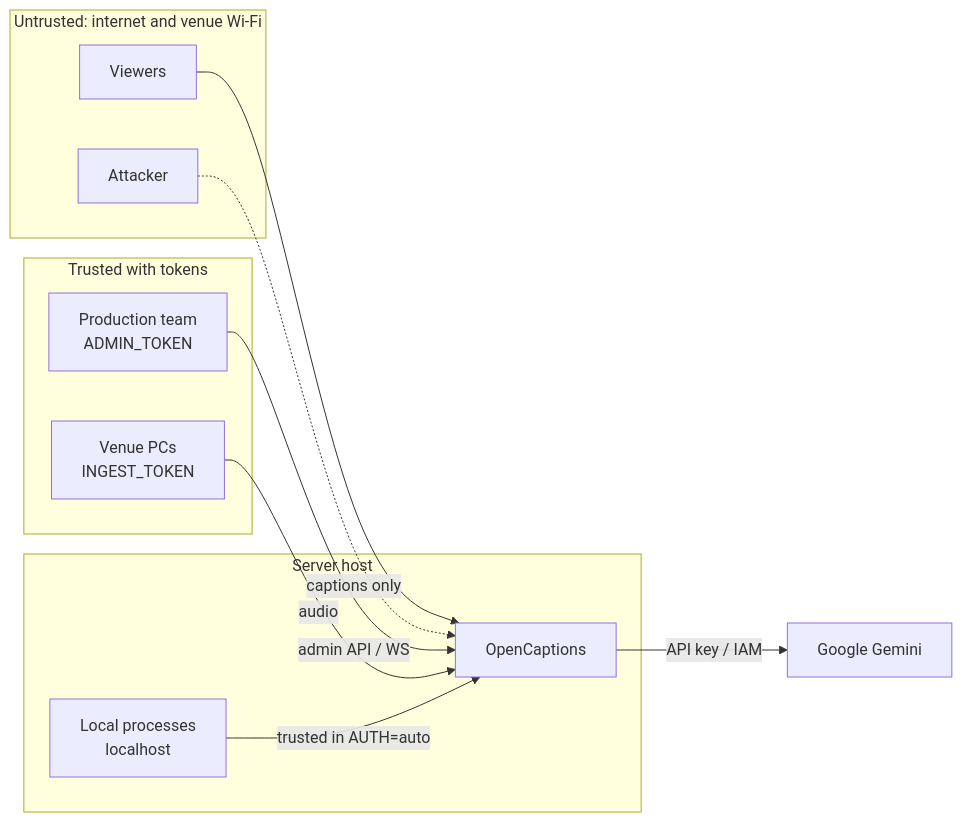
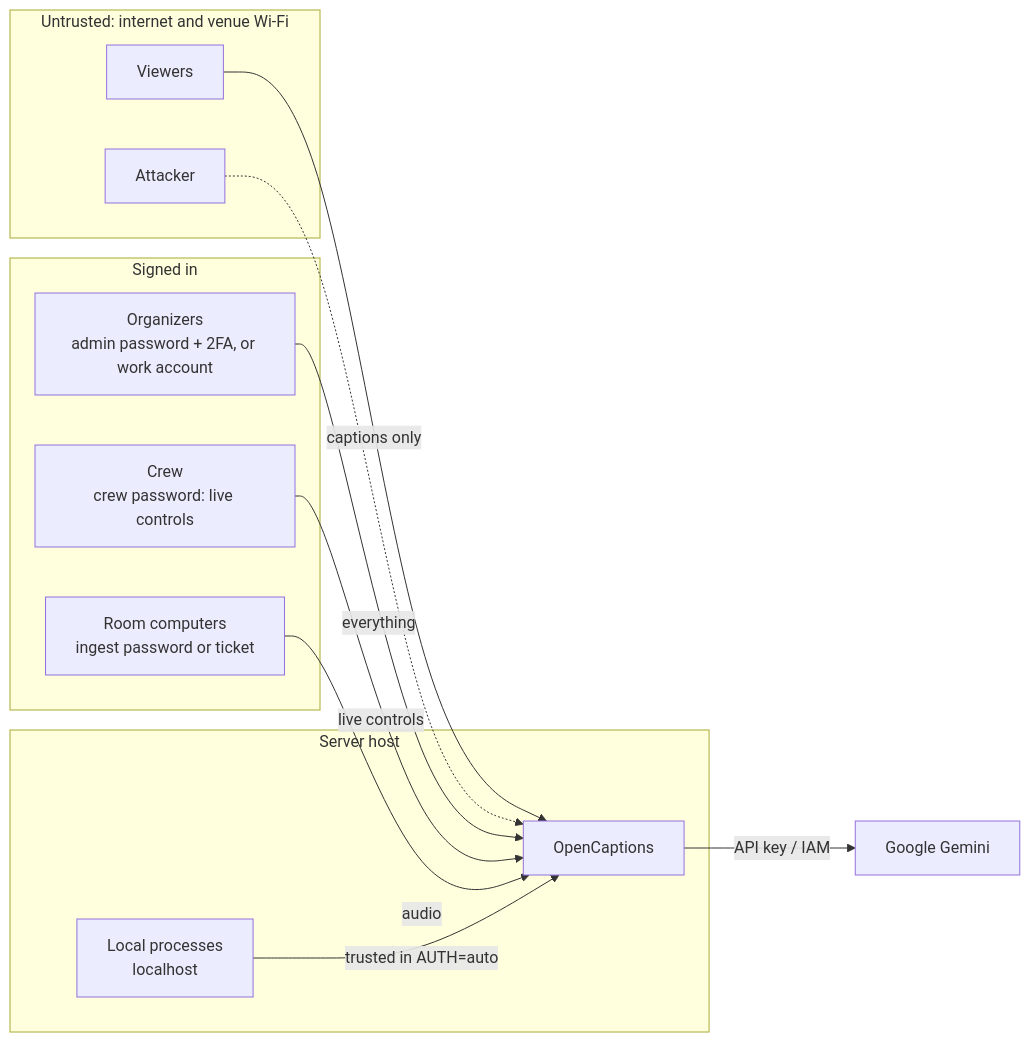
One commit to carraroesteban/opencaptions changed the diagram in docs/security-guide.md. Above: the diagram before and after it, drawn with Mermaid. The commit also changed other lines of this file and 109 other files, not shown here.

````diff
--- a/docs/security-guide.md
+++ b/docs/security-guide.md
@@ -33,22 +33,24 @@
 ```mermaid
 flowchart LR
   subgraph Public["Untrusted: internet and venue Wi-Fi"]
     V[Viewers]
     X[Attacker]
   end
-  subgraph Ops["Trusted with tokens"]
-    A[Production team<br/>ADMIN_TOKEN]
-    I[Venue PCs<br/>INGEST_TOKEN]
+  subgraph Ops["Signed in"]
+    A[Organizers<br/>admin password + 2FA, or work account]
+    C[Crew<br/>crew password: live controls]
+    I[Room computers<br/>ingest password or ticket]
   end
   subgraph Host["Server host"]
     S[OpenCaptions]
     L[Local processes<br/>localhost]
   end
   G[Google Gemini]
   V -- captions only --> S
   X -.-> S
-  A -- admin API / WS --> S
+  A -- everything --> S
+  C -- live controls --> S
   I -- audio --> S
   L -- trusted in AUTH=auto --> S
   S -- API key / IAM --> G
 ```
````
